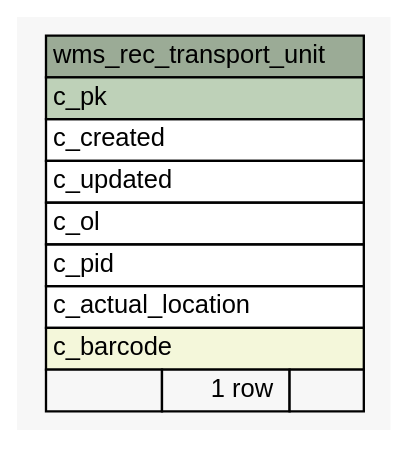
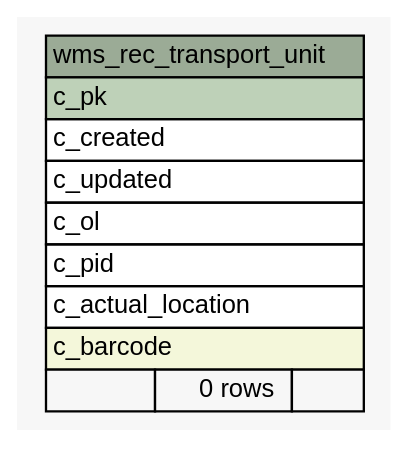
The diagram in schemaspy/diagrams/summary/wms_rec_transport_unit.1degree.dot (openwms/org.openwms.wms.receiving.lib), drawn with Graphviz before and after one commit. The commit also changed 208 other files, not shown here.

```diff
--- a/schemaspy/diagrams/summary/wms_rec_transport_unit.1degree.dot
+++ b/schemaspy/diagrams/summary/wms_rec_transport_unit.1degree.dot
@@ -1,36 +1,36 @@
-// dot 2.36.0 on Linux 4.4.0-101-generic
+// dot 2.38.0 on Linux 4.15.0-1055-gcp
 // SchemaSpy rev Unknown
 digraph "wms_rec_transport_unit" {
   graph [
     rankdir="RL"
     bgcolor="#f7f7f7"
     nodesep="0.18"
     ranksep="0.46"
     fontname="Helvetica"
     fontsize="11"
   ];
   node [
     fontname="Helvetica"
     fontsize="11"
     shape="plaintext"
   ];
   edge [
     arrowsize="0.8"
   ];
   "wms_rec_transport_unit" [
     label=<
     <TABLE BORDER="0" CELLBORDER="1" CELLSPACING="0" BGCOLOR="#ffffff">
       <TR><TD COLSPAN="3" BGCOLOR="#9bab96" ALIGN="CENTER">wms_rec_transport_unit</TD></TR>
       <TR><TD PORT="c_pk" COLSPAN="3" BGCOLOR="#bed1b8" ALIGN="LEFT">c_pk</TD></TR>
       <TR><TD PORT="c_created" COLSPAN="3" ALIGN="LEFT">c_created</TD></TR>
       <TR><TD PORT="c_updated" COLSPAN="3" ALIGN="LEFT">c_updated</TD></TR>
       <TR><TD PORT="c_ol" COLSPAN="3" ALIGN="LEFT">c_ol</TD></TR>
       <TR><TD PORT="c_pid" COLSPAN="3" ALIGN="LEFT">c_pid</TD></TR>
       <TR><TD PORT="c_actual_location" COLSPAN="3" ALIGN="LEFT">c_actual_location</TD></TR>
       <TR><TD PORT="c_barcode" COLSPAN="3" BGCOLOR="#f4f7da" ALIGN="LEFT">c_barcode</TD></TR>
-      <TR><TD ALIGN="LEFT" BGCOLOR="#f7f7f7">  </TD><TD ALIGN="RIGHT" BGCOLOR="#f7f7f7">1 row</TD><TD ALIGN="RIGHT" BGCOLOR="#f7f7f7">  </TD></TR>
+      <TR><TD ALIGN="LEFT" BGCOLOR="#f7f7f7">  </TD><TD ALIGN="RIGHT" BGCOLOR="#f7f7f7">0 rows</TD><TD ALIGN="RIGHT" BGCOLOR="#f7f7f7">  </TD></TR>
     </TABLE>>
     URL="tables/wms_rec_transport_unit.html"
     tooltip="wms_rec_transport_unit"
   ];
 }
```
